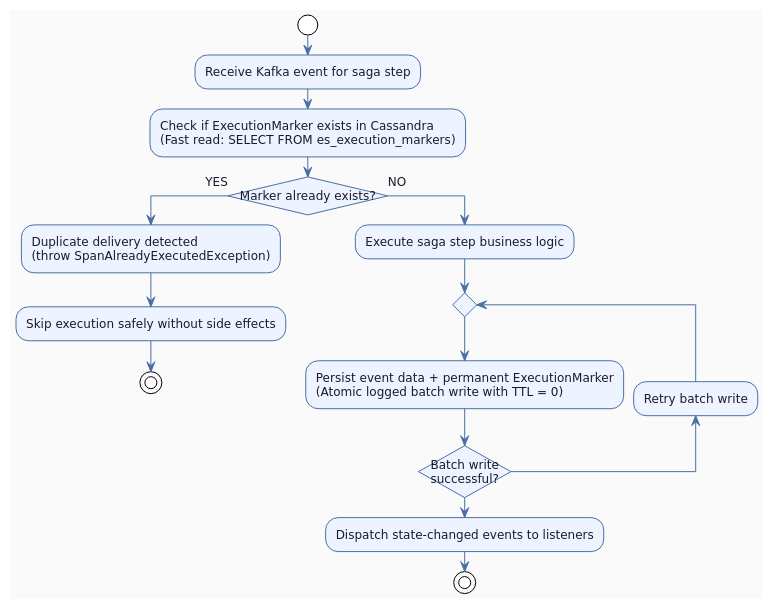
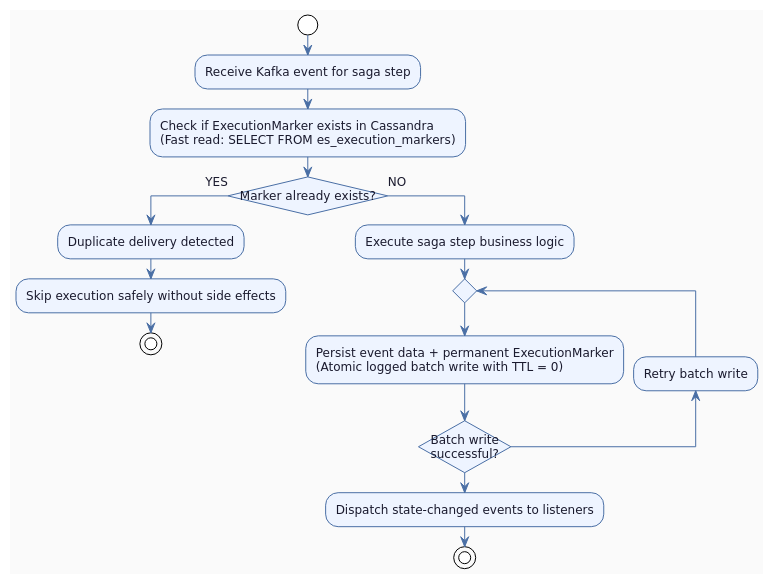
The second of 2 diagrams in docs/modules/stacksaga-database-support/pages/cassandra-database-support/stacksaga-cassandra-support.adoc (stacksaga/stacksaga-docs), drawn with PlantUML before and after one commit. The commit also changed other lines of this file and 9 other files, not shown here.

```diff
--- a/docs/modules/stacksaga-database-support/pages/cassandra-database-support/stacksaga-cassandra-support.adoc
+++ b/docs/modules/stacksaga-database-support/pages/cassandra-database-support/stacksaga-cassandra-support.adoc
@@ -826,56 +745,55 @@
 [plantuml,target=stacksaga-cassandra-write-protection-relaxed-flow,format=svg]
 ----
 @startuml stacksaga-cassandra-write-protection-relaxed-flow
 !theme plain
 skinparam backgroundColor #FAFAFA
 skinparam defaultFontName "DejaVu Sans"
 skinparam defaultFontSize 12
 skinparam conditionStyle InsideDiamond
 skinparam shadowing false
 
 skinparam activity {
   BackgroundColor #EEF4FF
   BorderColor #4A6FA5
   FontColor #1A1A2E
 }
 
 skinparam diamond {
   BackgroundColor #FFF9E6
   BorderColor #E0A800
   FontColor #1A1A2E
 }
 
 skinparam arrow {
   Color #4A6FA5
   FontColor #1A1A2E
 }
 
 start
 
 :Receive Kafka event for saga step;
 
 :Check if ExecutionMarker exists in Cassandra
 (Fast read: SELECT FROM es_execution_markers);
 
 if (Marker already exists?) then (YES)
-  :Duplicate delivery detected
-  (throw SpanAlreadyExecutedException);
+  :Duplicate delivery detected;
   :Skip execution safely without side effects;
   stop
 
 else (NO)
   :Execute saga step business logic;
 
   repeat
     :Persist event data + permanent ExecutionMarker
     (Atomic logged batch write with TTL = 0);
   backward:Retry batch write;
   repeat while (Batch write\nsuccessful?) is (NO) not (YES)
 
   :Dispatch state-changed events to listeners;
   stop
 
 endif
 
 @enduml
 ----
```
